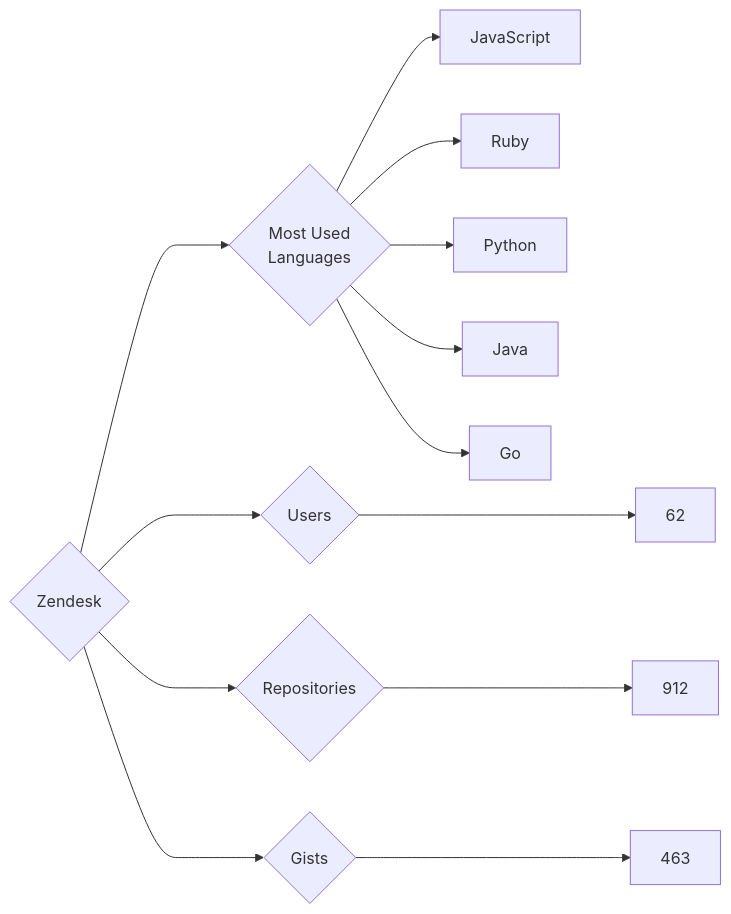
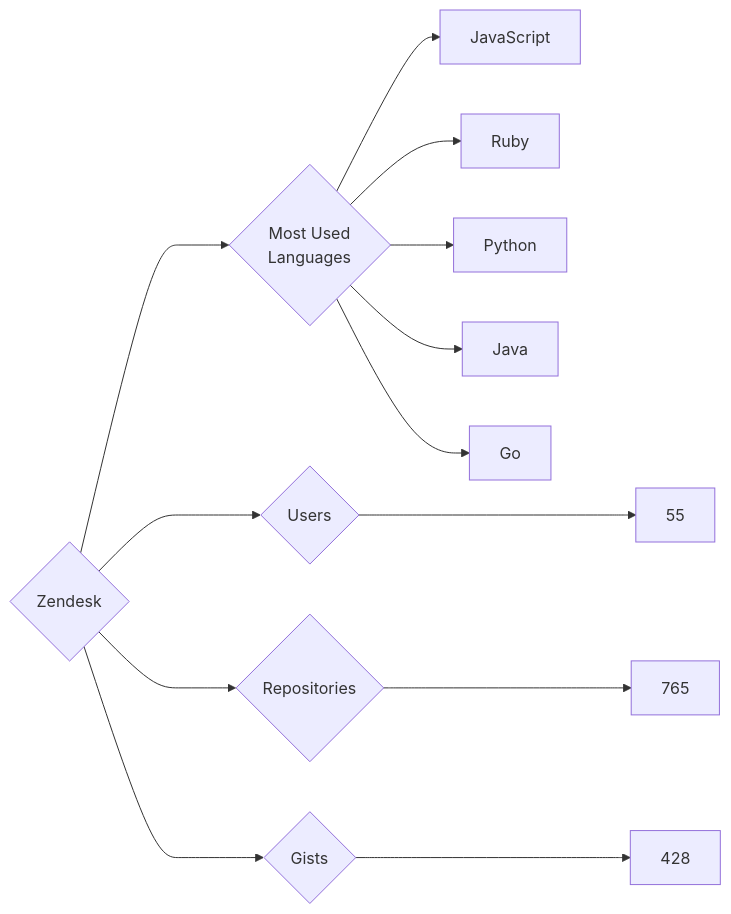
One commit to trickest/insiders changed the diagram in targets/Zendesk/README.md. Above: the diagram before and after it, drawn with Mermaid. The commit also changed 835 other files, not shown here.

````diff
--- a/targets/Zendesk/README.md
+++ b/targets/Zendesk/README.md
@@ -3,13 +3,13 @@
 ```mermaid
 graph LR
 COMPANY_NAME{Zendesk}
-COMPANY_NAME ---> U{Users} ---> UN[62]
-COMPANY_NAME ---> R{Repositories} ---> RN[912]
-COMPANY_NAME ---> G{Gists} ---> GN[463]
+COMPANY_NAME ---> U{Users} ---> UN[55]
+COMPANY_NAME ---> R{Repositories} ---> RN[765]
+COMPANY_NAME ---> G{Gists} ---> GN[428]
 COMPANY_NAME ---> ML{Most Used<br>Languages}
 ML --> JavaScript[JavaScript]
 ML --> Ruby[Ruby]
 ML --> Python[Python]
 ML --> Java[Java]
 ML --> Go[Go]
 ```
````
